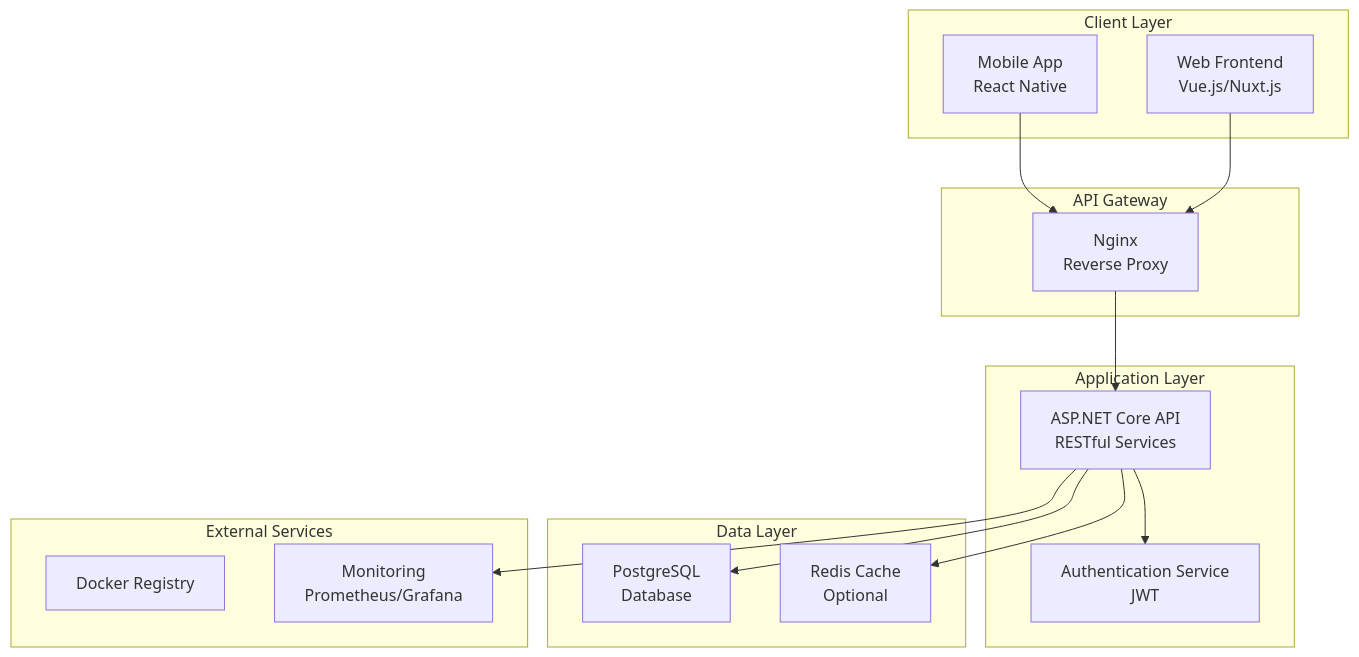
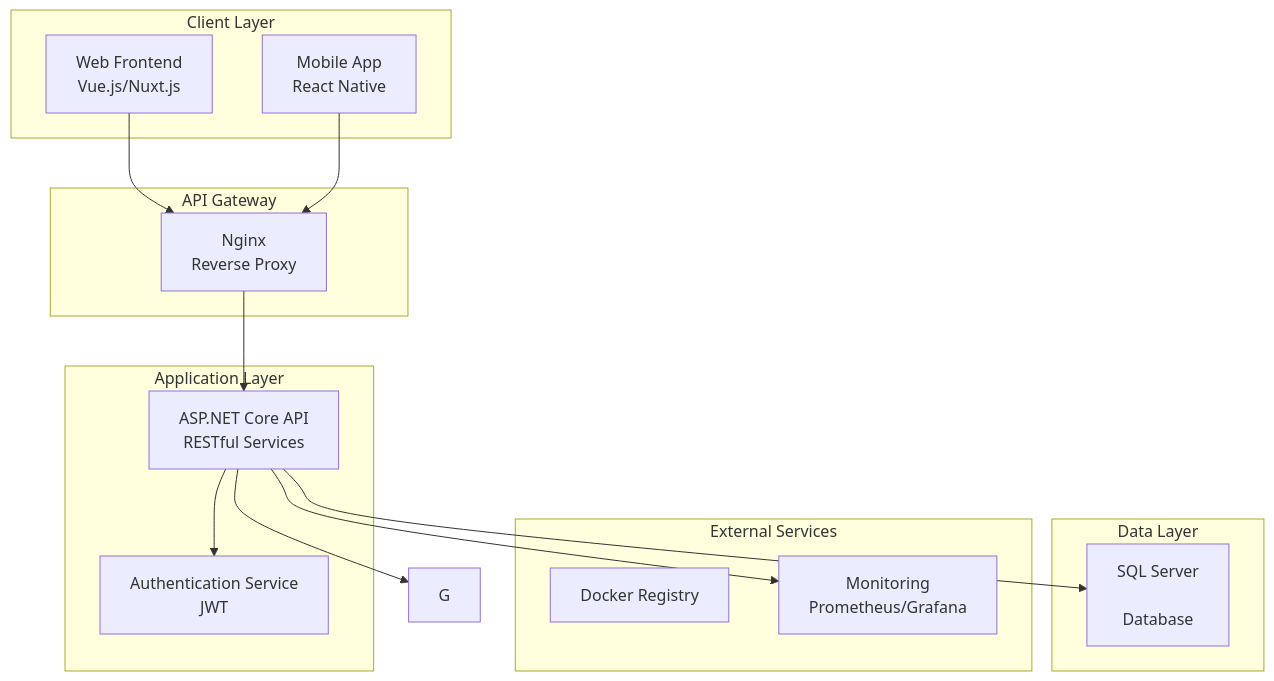
One commit to TAKERU-KURIYAMA/trec changed the first of 6 diagrams in doc/SYSTEM_DESIGN.md. Above: the diagram before and after it, drawn with Mermaid. The commit also changed other lines of this file and 116 other files, not shown here.

````diff
--- a/doc/SYSTEM_DESIGN.md
+++ b/doc/SYSTEM_DESIGN.md
@@ -80,34 +88,34 @@
 ```mermaid
 graph TB
     subgraph "Client Layer"
         A[Web Frontend<br/>Vue.js/Nuxt.js]
         B[Mobile App<br/>React Native]
     end
     
     subgraph "API Gateway"
         C[Nginx<br/>Reverse Proxy]
     end
     
     subgraph "Application Layer"
         D[ASP.NET Core API<br/>RESTful Services]
         E[Authentication Service<br/>JWT]
     end
     
     subgraph "Data Layer"
-        F[PostgreSQL<br/>Database]
-        G[Redis Cache<br/>Optional]
+        F[SQL Server
+        <br/>Database]
     end
     
     subgraph "External Services"
         H[Docker Registry]
         I[Monitoring<br/>Prometheus/Grafana]
     end
     
     A --> C
     B --> C
     C --> D
     D --> E
     D --> F
     D --> G
     D --> I
 ```
````
